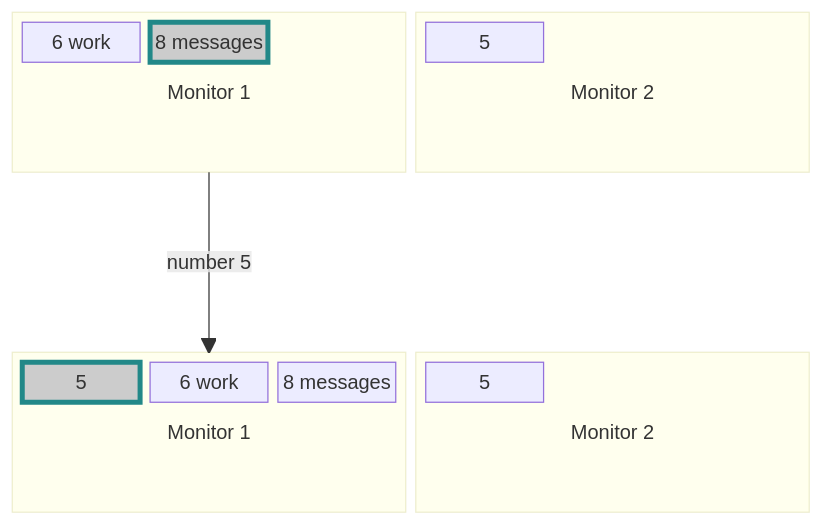
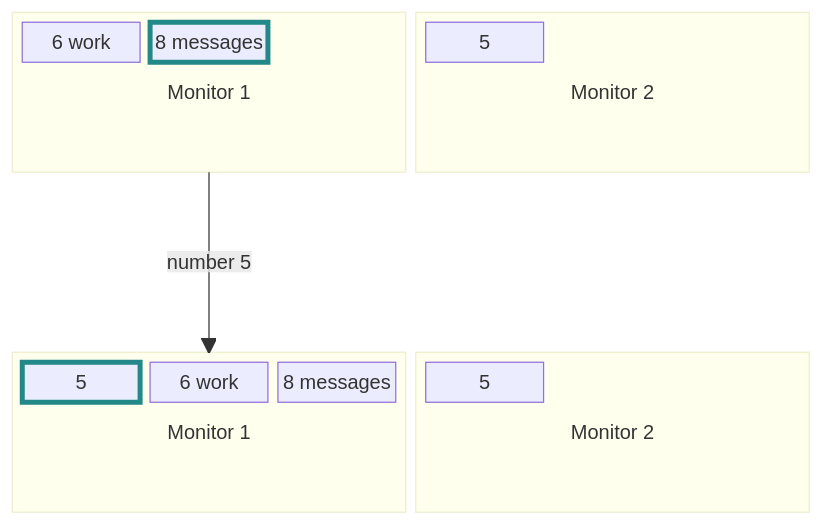
One commit to berezowski/swaymsg_workspace changed the ninth of 10 diagrams in README.md. Above: the diagram before and after it, drawn with Mermaid. The commit also changed other lines of this file, not shown here.

````diff
--- a/README.md
+++ b/README.md
@@ -249,31 +249,31 @@
 ```mermaid
 block-beta
   columns 2
     block:a1["Monitor 1"]:1
       columns 3
       A1["6 work"]
       B1["8 messages"]
       space:6
     end
     block:a2["Monitor 2"]:1
       columns 3
       A2["5"]
       space:6    
     end
   space:2
     block:b1["Monitor 1"]:1
       columns 3
       C1["5"]
       D1["6 work"]
       E1["8 messages"]
       space:6
     end
     block:b2["Monitor 2"]:1
       columns 3
       B2["5"]
       space:6    
     end
   a1 -- "number 5" --> b1
-  style B1 fill:#ccc,stroke:#288,stroke-width:4px,color:#000
-  style C1 fill:#ccc,stroke:#288,stroke-width:4px,color:#000
+  style B1 stroke:#288,stroke-width:4px
+  style C1 stroke:#288,stroke-width:4px
 ```
````
